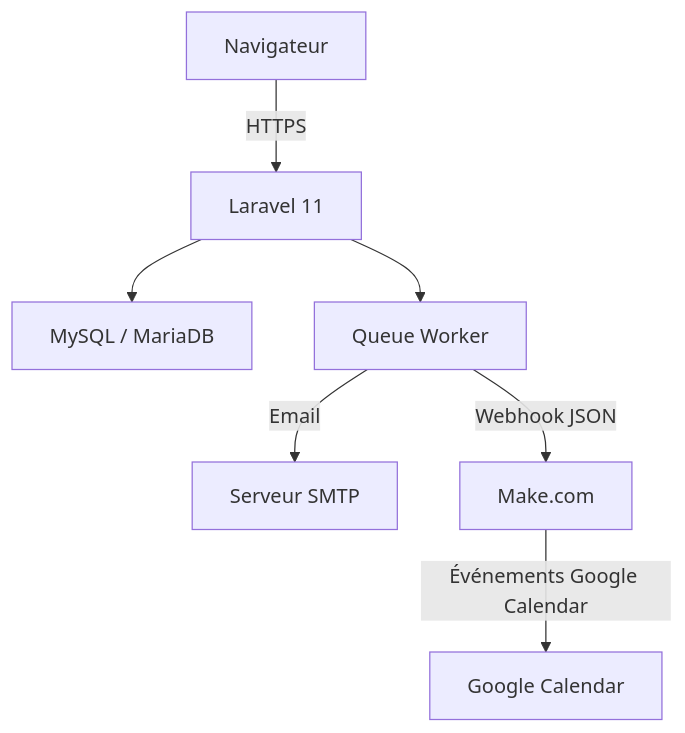
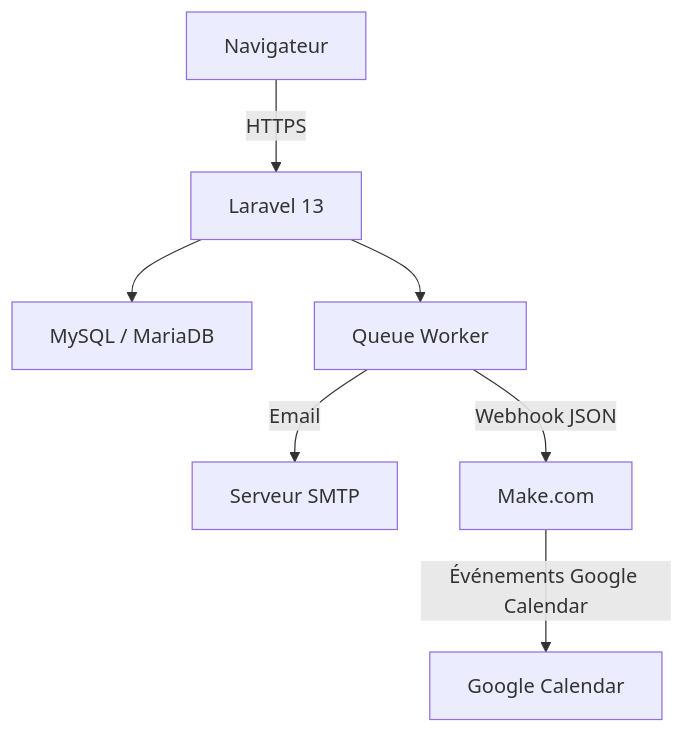
One commit to Djallel93/amana_web_planning changed the first of 10 diagrams in README.md. Above: the diagram before and after it, drawn with Mermaid. The commit also changed other lines of this file and 36 other files, not shown here.

````diff
--- a/README.md
+++ b/README.md
@@ -58,9 +58,9 @@
 ```mermaid
 graph TD
-    A[Navigateur] -->|HTTPS| B[Laravel 11]
+    A[Navigateur] -->|HTTPS| B[Laravel 13]
     B --> C[MySQL / MariaDB]
     B --> D[Queue Worker]
     D -->|Email| E[Serveur SMTP]
     D -->|Webhook JSON| F[Make.com]
     F -->|Événements Google Calendar| G[Google Calendar]
 ```
````
